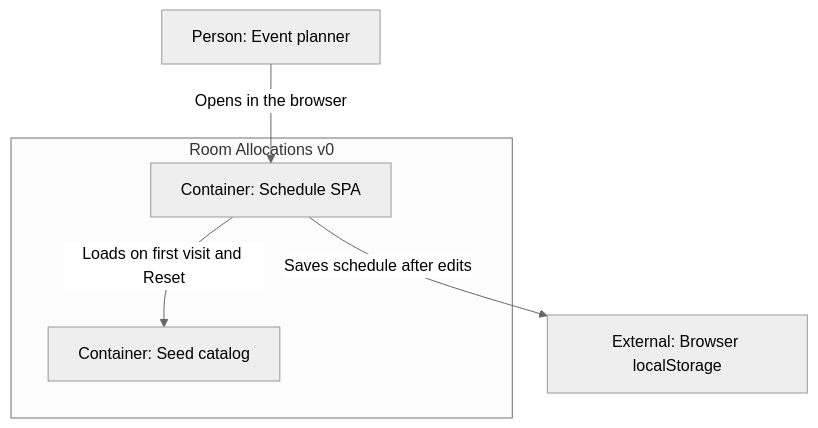
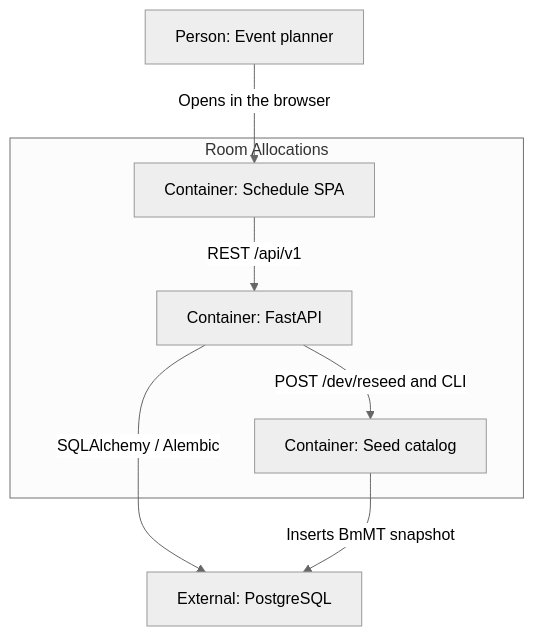
Before and after one commit to tri2k/room-allocations-demo: the diagram in docs/c4/container.md, drawn with Mermaid. The commit also changed other lines of this file and 50 other files, not shown here.

First line of the commit message:
feat: persist schedule through fastapi and postgres

````diff
--- a/docs/c4/container.md
+++ b/docs/c4/container.md
@@ -5,13 +5,16 @@
 ```mermaid
 %%{init: {"theme": "neutral"}}%%
 flowchart TB
   planner["Person: Event planner"]
-  subgraph demo [Room Allocations v0]
+  subgraph product [Room Allocations]
     spa["Container: Schedule SPA"]
+    api["Container: FastAPI"]
     seed["Container: Seed catalog"]
   end
-  browserStorage["External: Browser localStorage"]
+  postgres["External: PostgreSQL"]
   planner -->|"Opens in the browser"| spa
-  spa -->|"Loads on first visit and Reset"| seed
-  spa -->|"Saves schedule after edits"| browserStorage
+  spa -->|"REST /api/v1"| api
+  api -->|"SQLAlchemy / Alembic"| postgres
+  api -->|"POST /dev/reseed and CLI"| seed
+  seed -->|"Inserts BmMT snapshot"| postgres
 ```
````
